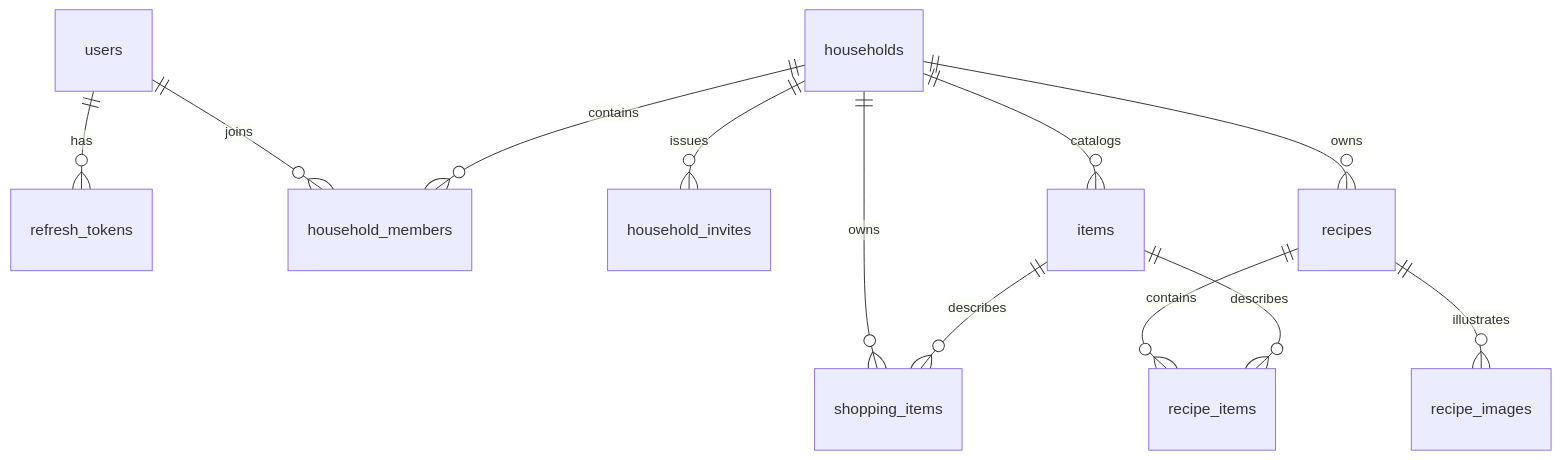
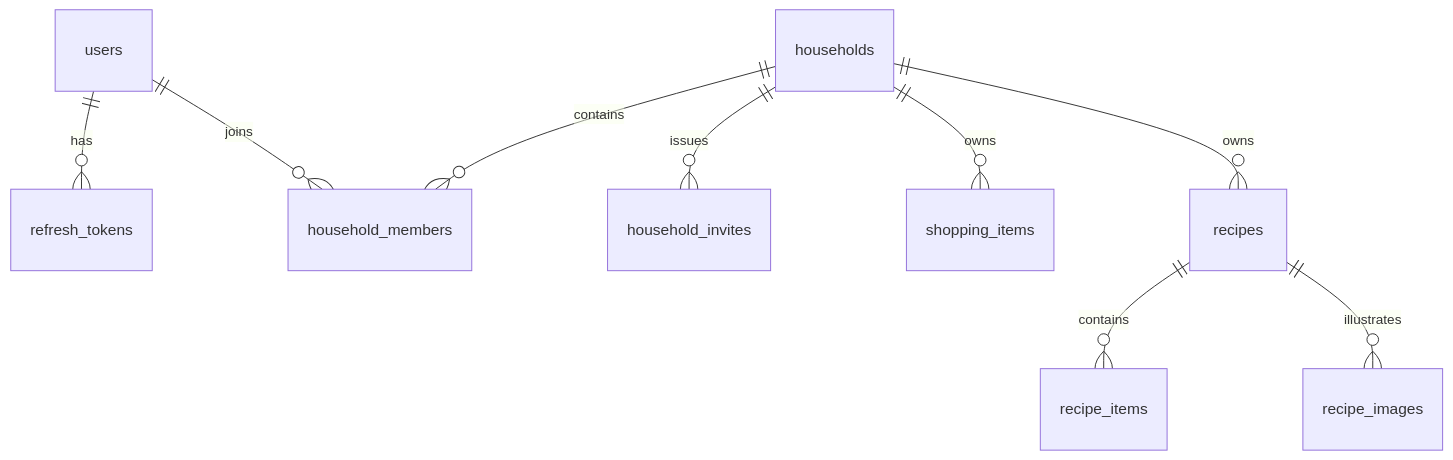
Before and after one commit to arturchichorro/home-hub: the diagram in docs/data-model.md, drawn with Mermaid. The commit also changed other lines of this file and 7 other files, not shown here.

Commit message:
chore: update docs with recipe and shopping list decisions

````diff
--- a/docs/data-model.md
+++ b/docs/data-model.md
@@ -14,14 +14,11 @@
 ```mermaid
 erDiagram
   users ||--o{ refresh_tokens : has
   users ||--o{ household_members : joins
   households ||--o{ household_members : contains
   households ||--o{ household_invites : issues
-  households ||--o{ items : catalogs
   households ||--o{ shopping_items : owns
-  items ||--o{ shopping_items : describes
   households ||--o{ recipes : owns
   recipes ||--o{ recipe_items : contains
-  items ||--o{ recipe_items : describes
   recipes ||--o{ recipe_images : illustrates
 ```
````
